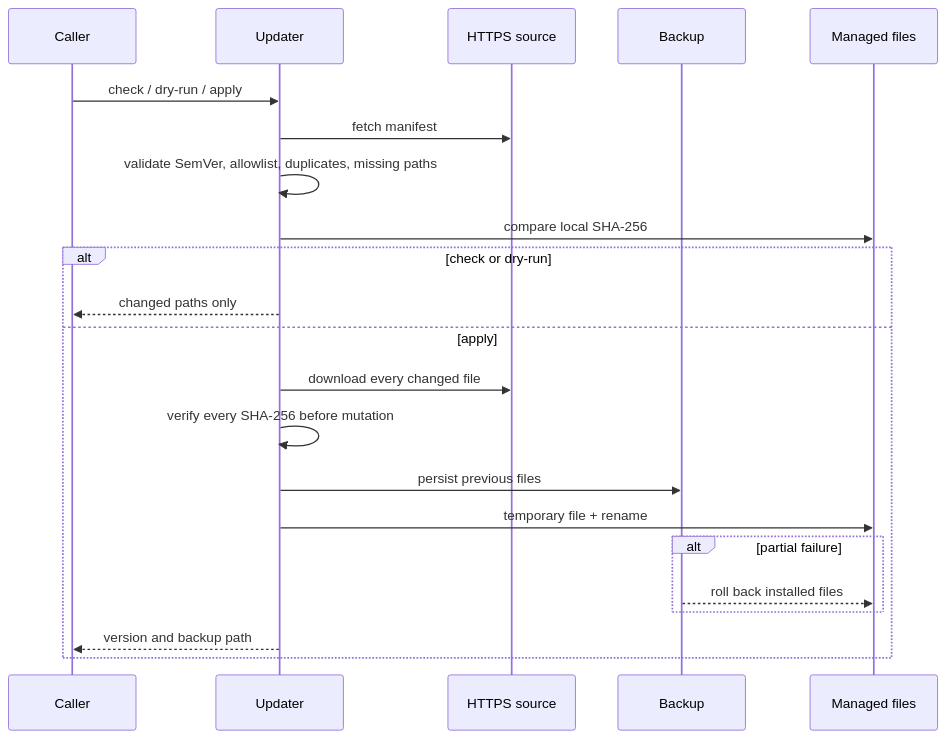
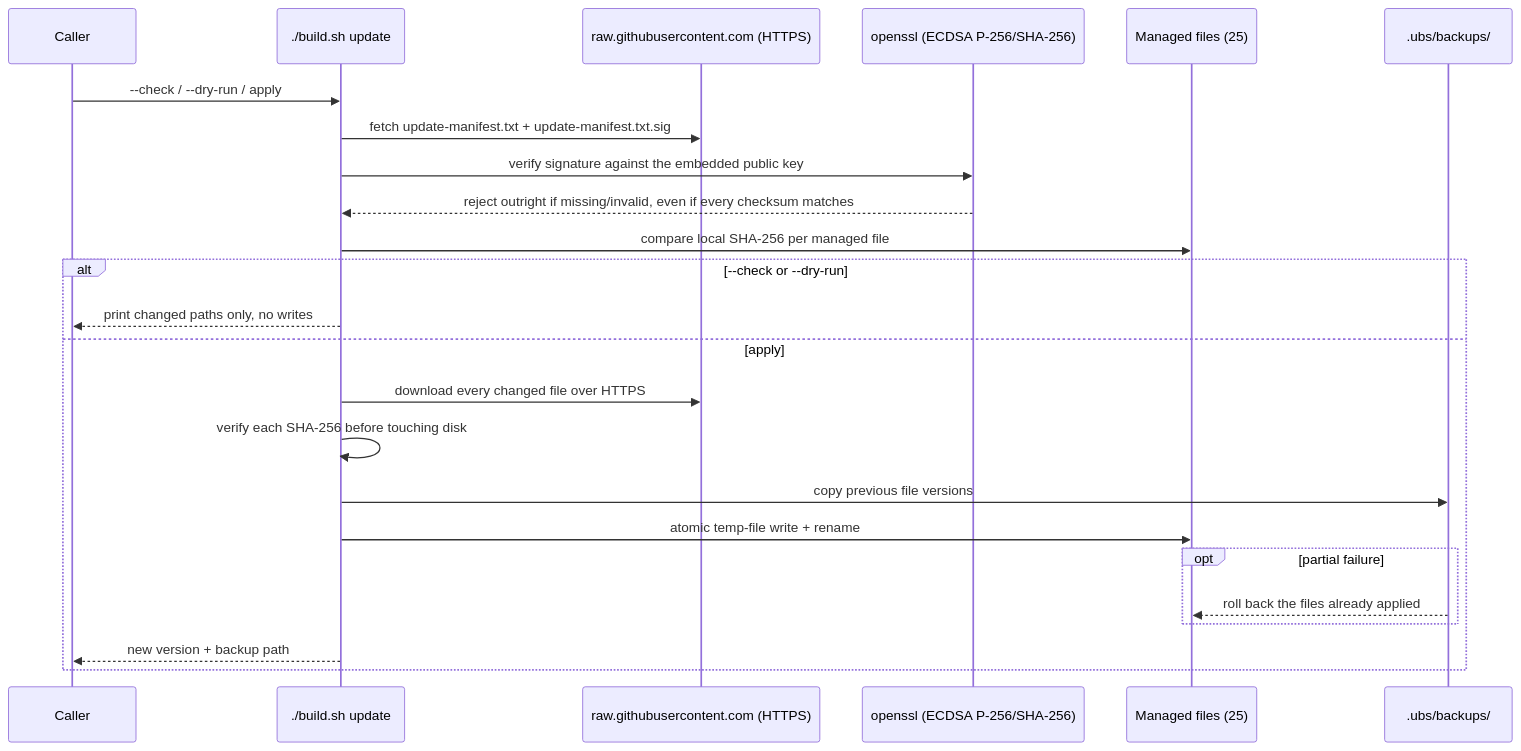
The ninth of 10 diagrams in README.en.md (Claude-Personal/ubs), drawn with Mermaid before and after one commit. The commit also changed other lines of this file, not shown here.

First line of the commit message:
docs(readme): rewrite English README with verified architecture, publish workflow, and security details

````diff
--- a/README.en.md
+++ b/README.en.md
@@ -297,24 +391,26 @@
 ```mermaid
 sequenceDiagram
     participant C as Caller
-    participant U as Updater
-    participant H as HTTPS source
-    participant B as Backup
-    participant F as Managed files
-    C->>U: check / dry-run / apply
-    U->>H: fetch manifest
-    U->>U: validate SemVer, allowlist, duplicates, missing paths
-    U->>F: compare local SHA-256
-    alt check or dry-run
-        U-->>C: changed paths only
+    participant U as ./build.sh update
+    participant H as raw.githubusercontent.com (HTTPS)
+    participant Sig as openssl (ECDSA P-256/SHA-256)
+    participant F as Managed files (25)
+    participant Bak as .ubs/backups/
+    C->>U: --check / --dry-run / apply
+    U->>H: fetch update-manifest.txt + update-manifest.txt.sig
+    U->>Sig: verify signature against the embedded public key
+    Sig-->>U: reject outright if missing/invalid, even if every checksum matches
+    U->>F: compare local SHA-256 per managed file
+    alt --check or --dry-run
+        U-->>C: print changed paths only, no writes
     else apply
-        U->>H: download every changed file
-        U->>U: verify every SHA-256 before mutation
-        U->>B: persist previous files
-        U->>F: temporary file + rename
-        alt partial failure
-            B-->>F: roll back installed files
+        U->>H: download every changed file over HTTPS
+        U->>U: verify each SHA-256 before touching disk
+        U->>Bak: copy previous file versions
+        U->>F: atomic temp-file write + rename
+        opt partial failure
+            Bak-->>F: roll back the files already applied
         end
-        U-->>C: version and backup path
+        U-->>C: new version + backup path
     end
 ```
````
